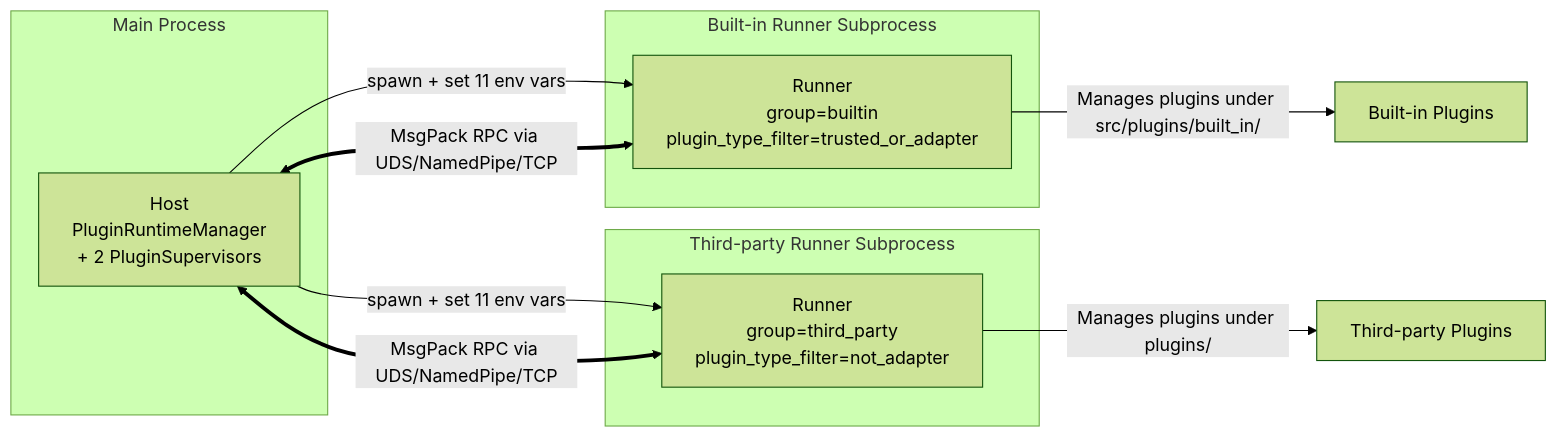
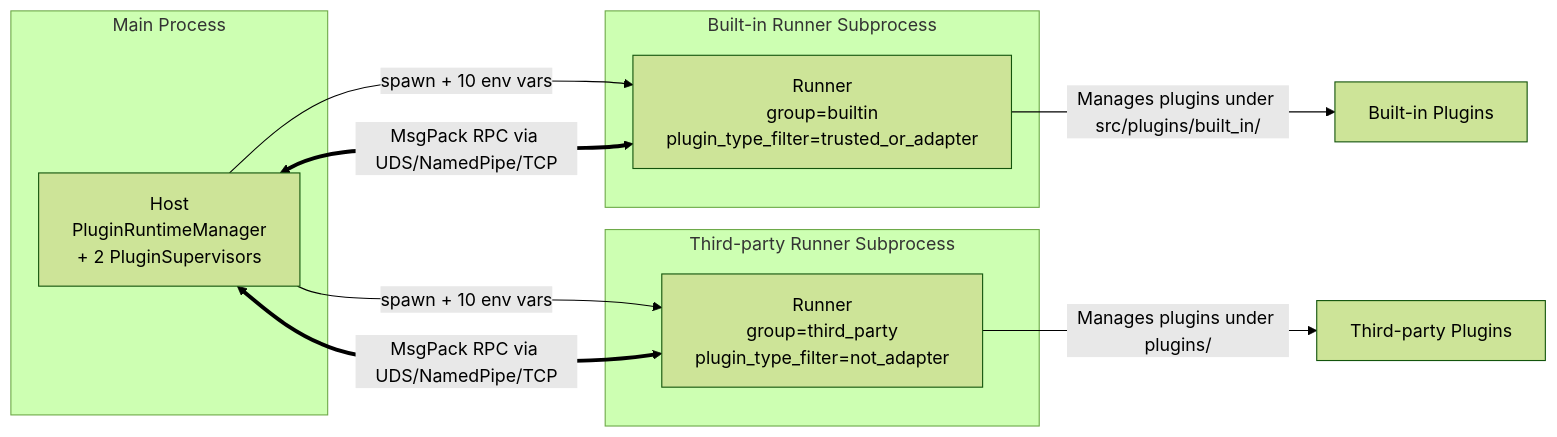
One commit to DrSmoothl/docs changed the diagram in en/develop/plugin-runtime-internals.md. Above: the diagram before and after it, drawn with Mermaid (forest theme). The commit also changed other lines of this file and 63 other files, not shown here.

````diff
--- a/en/develop/plugin-runtime-internals.md
+++ b/en/develop/plugin-runtime-internals.md
@@ -15,22 +15,22 @@
 ```mermaid
 graph LR
     subgraph Main[Main Process]
         Host[Host<br/>PluginRuntimeManager<br/>+ 2 PluginSupervisors]
     end
 
     subgraph BUILTIN[Built-in Runner Subprocess]
         RunnerB[Runner<br/>group=builtin<br/>plugin_type_filter=trusted_or_adapter]
     end
 
     subgraph THIRD[Third-party Runner Subprocess]
         RunnerT[Runner<br/>group=third_party<br/>plugin_type_filter=not_adapter]
     end
 
-    Host -->|"spawn + set 11 env vars"| RunnerB
-    Host -->|"spawn + set 11 env vars"| RunnerT
+    Host -->|"spawn + 10 env vars"| RunnerB
+    Host -->|"spawn + 10 env vars"| RunnerT
     Host <==>|"MsgPack RPC via UDS/NamedPipe/TCP"| RunnerB
     Host <==>|"MsgPack RPC via UDS/NamedPipe/TCP"| RunnerT
 
     RunnerB -->|"Manages plugins under src/plugins/built_in/"| PluginsB[Built-in Plugins]
     RunnerT -->|"Manages plugins under plugins/"| PluginsT[Third-party Plugins]
 ```
````
